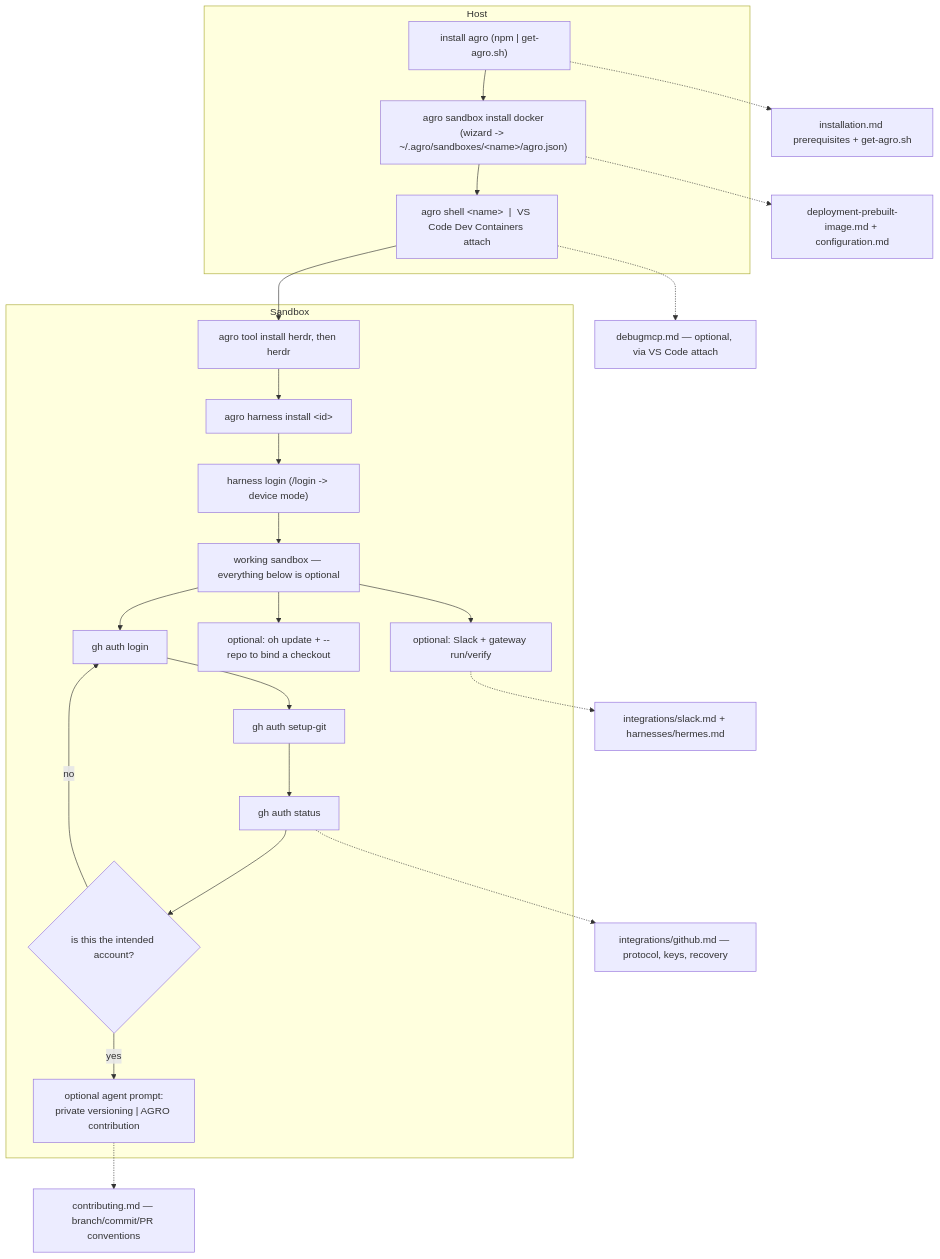
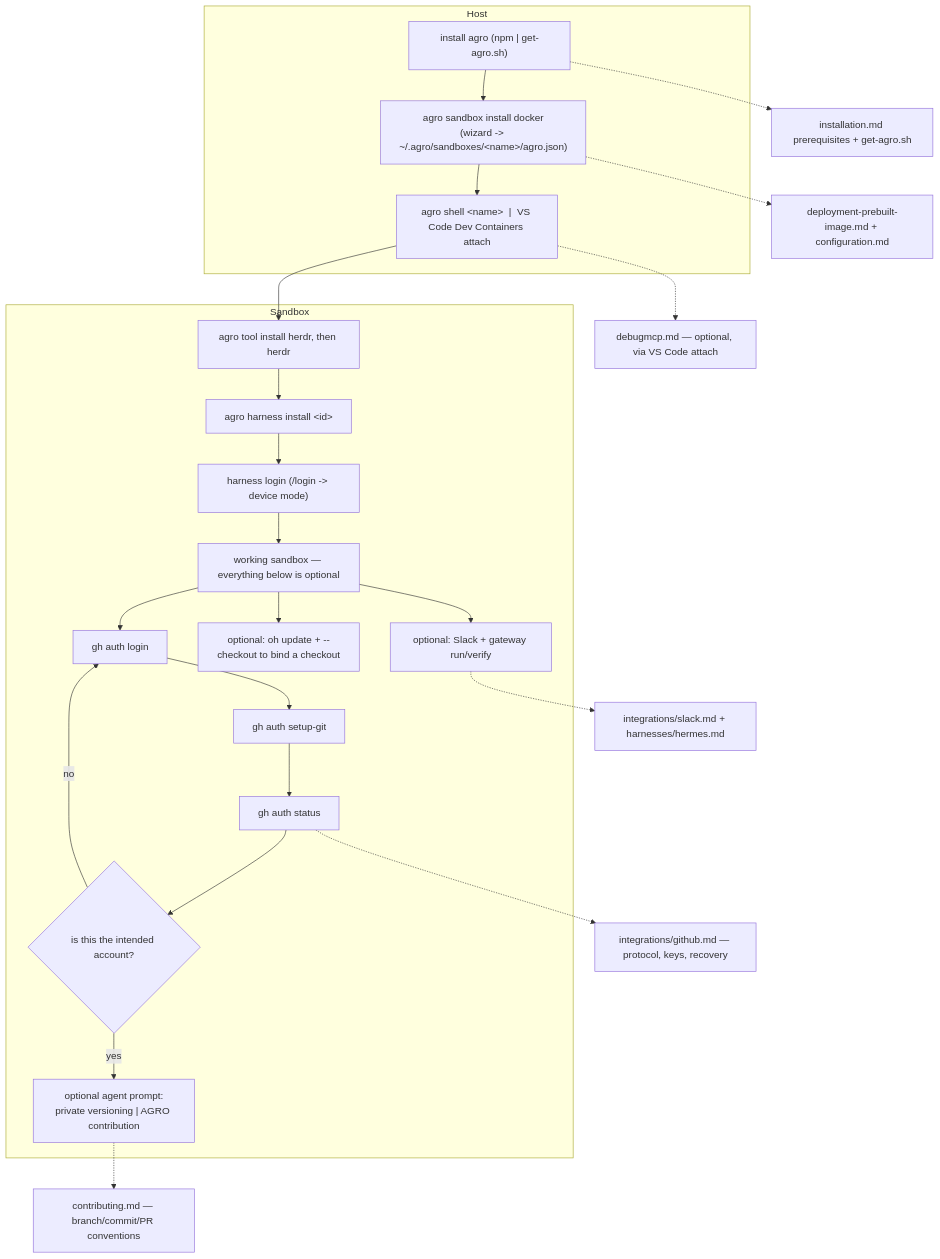
One commit to mifunedev/agro changed the diagram in .agro/knowledge/source/fresh-machine-setup.md. Above: the diagram before and after it, drawn with Mermaid. The commit also changed other lines of this file and 4 other files, not shown here.

````diff
--- a/.agro/knowledge/source/fresh-machine-setup.md
+++ b/.agro/knowledge/source/fresh-machine-setup.md
@@ -191,27 +194,27 @@
 ```mermaid
 flowchart TD
   subgraph Host
     H1["install agro (npm | get-agro.sh)"] --> H2["agro sandbox install docker<br/>(wizard -> ~/.agro/sandboxes/&lt;name&gt;/agro.json)"]
     H2 --> H3["agro shell &lt;name&gt;  |  VS Code Dev Containers attach"]
   end
   subgraph Sandbox
     H3 --> S1["agro tool install herdr, then herdr"]
     S1 --> S2["agro harness install &lt;id&gt;"]
     S2 --> S3["harness login (/login -> device mode)"]
     S3 --> WORKING["working sandbox — everything below is optional"]
     WORKING --> G1["gh auth login"]
     G1 --> G2["gh auth setup-git"]
     G2 --> G3["gh auth status"]
     G3 --> G4{"is this the intended account?"}
     G4 -->|no| G1
     G4 -->|yes| P["optional agent prompt:<br/>private versioning | AGRO contribution"]
-    WORKING --> R["optional: oh update + --repo to bind a checkout"]
+    WORKING --> R["optional: oh update + --checkout to bind a checkout"]
     WORKING --> SL["optional: Slack + gateway run/verify"]
   end
   H1 -.-> D1["installation.md prerequisites + get-agro.sh"]
   H2 -.-> D2["deployment-prebuilt-image.md + configuration.md"]
   G3 -.-> D3["integrations/github.md — protocol, keys, recovery"]
   P -.-> D4["contributing.md — branch/commit/PR conventions"]
   H3 -.-> D6["debugmcp.md — optional, via VS Code attach"]
   SL -.-> D7["integrations/slack.md + harnesses/hermes.md"]
 ```
````
